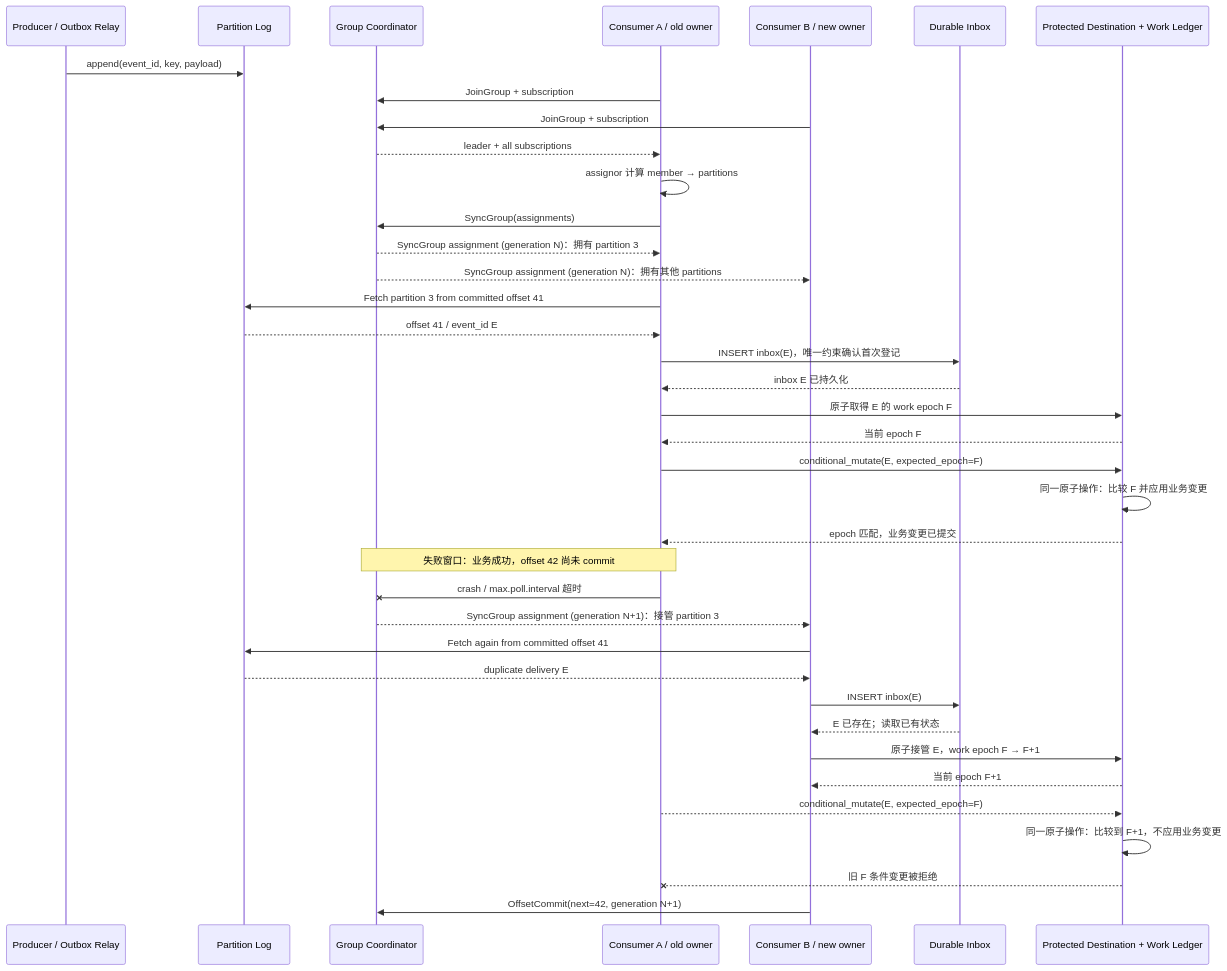
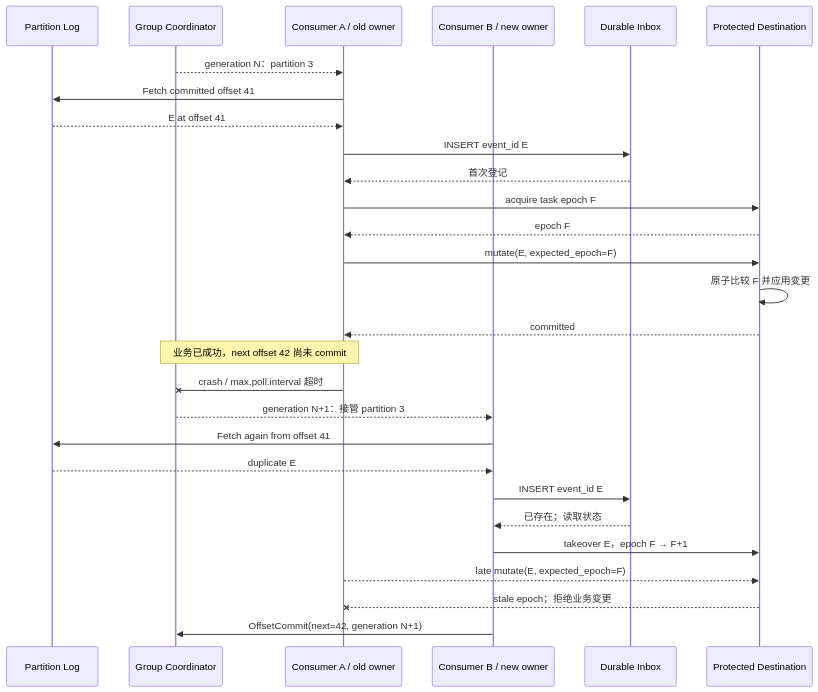
One commit to sealday/agentic-architecture-atlas changed the diagram in content/cases/apache-kafka-consumer-groups.mdx. Above: the diagram before and after it, drawn with Mermaid. The commit also changed other lines of this file and 3 other files, not shown here.

````diff
--- a/content/cases/apache-kafka-consumer-groups.mdx
+++ b/content/cases/apache-kafka-consumer-groups.mdx
@@ -151,46 +143,33 @@
 ```mermaid
 sequenceDiagram
-  accTitle: Kafka consumer group 驱动 Agent 工作与重复执行窗口
-  accDescr: Producer 按业务 key 把任务追加到分区。Classic group coordinator 组织成员和 generation，被选出的客户端 leader 计算 assignment。Consumer poll 后登记 inbox，并在受保护目的地的 work ledger 原子取得独立 ownership epoch；目的地把 epoch 比较与业务变更放在同一原子操作中。若动作成功后、offset 提交前崩溃，rebalance 后的新 owner 会取得更高 epoch，旧 owner 的条件变更因此不产生副作用。
-
-  participant P as Producer / Outbox Relay
+  accTitle: Rebalance 时 partition owner 变化而旧工作仍在途
   participant L as Partition Log
   participant G as Group Coordinator
-  participant C1 as Consumer A / old owner
-  participant C2 as Consumer B / new owner
+  participant A as Consumer A / old owner
+  participant B as Consumer B / new owner
   participant I as Durable Inbox
-  participant X as Protected Destination + Work Ledger
+  participant X as Protected Destination
 
-  P->>L: append(event_id, key, payload)
-  C1->>G: JoinGroup + subscription
-  C2->>G: JoinGroup + subscription
-  G-->>C1: leader + all subscriptions
-  C1->>C1: assignor 计算 member → partitions
-  C1->>G: SyncGroup(assignments)
-  G-->>C1: SyncGroup assignment (generation N)：拥有 partition 3
-  G-->>C2: SyncGroup assignment (generation N)：拥有其他 partitions
+  G-->>A: generation N：partition 3
+  A->>L: Fetch committed offset 41
+  L-->>A: E at offset 41
+  A->>I: INSERT event_id E
+  I-->>A: 首次登记
+  A->>X: acquire task epoch F
+  X-->>A: epoch F
+  A->>X: mutate(E, expected_epoch=F)
+  X->>X: 原子比较 F 并应用变更
+  X-->>A: committed
 
-  C1->>L: Fetch partition 3 from committed offset 41
-  L-->>C1: offset 41 / event_id E
-  C1->>I: INSERT inbox(E)，唯一约束确认首次登记
-  I-->>C1: inbox E 已持久化
-  C1->>X: 原子取得 E 的 work epoch F
-  X-->>C1: 当前 epoch F
-  C1->>X: conditional_mutate(E, expected_epoch=F)
-  X->>X: 同一原子操作：比较 F 并应用业务变更
-  X-->>C1: epoch 匹配，业务变更已提交
-
-  Note over C1,G: 失败窗口：业务成功，offset 42 尚未 commit
-  C1-xG: crash / max.poll.interval 超时
-  G-->>C2: SyncGroup assignment (generation N+1)：接管 partition 3
-  C2->>L: Fetch again from committed offset 41
-  L-->>C2: duplicate delivery E
-  C2->>I: INSERT inbox(E)
-  I-->>C2: E 已存在；读取已有状态
-  C2->>X: 原子接管 E，work epoch F → F+1
-  X-->>C2: 当前 epoch F+1
-  C1-->>X: conditional_mutate(E, expected_epoch=F)
-  X->>X: 同一原子操作：比较到 F+1，不应用业务变更
-  X--xC1: 旧 F 条件变更被拒绝
-  C2->>G: OffsetCommit(next=42, generation N+1)
+  Note over A,G: 业务已成功，next offset 42 尚未 commit
+  A-xG: crash / max.poll.interval 超时
+  G-->>B: generation N+1：接管 partition 3
+  B->>L: Fetch again from offset 41
+  L-->>B: duplicate E
+  B->>I: INSERT event_id E
+  I-->>B: 已存在；读取状态
+  B->>X: takeover E，epoch F → F+1
+  A-->>X: late mutate(E, expected_epoch=F)
+  X--xA: stale epoch；拒绝业务变更
+  B->>G: OffsetCommit(next=42, generation N+1)
 ```
````
